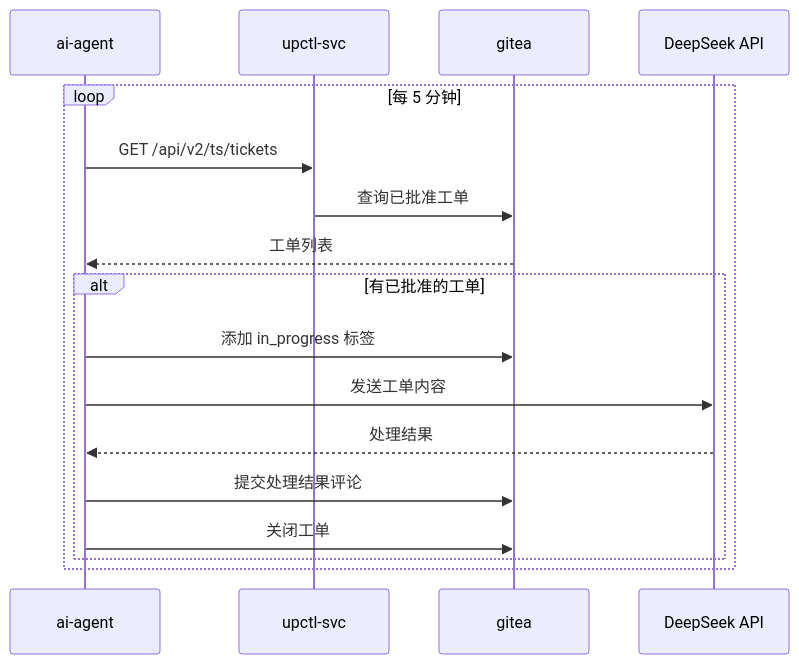
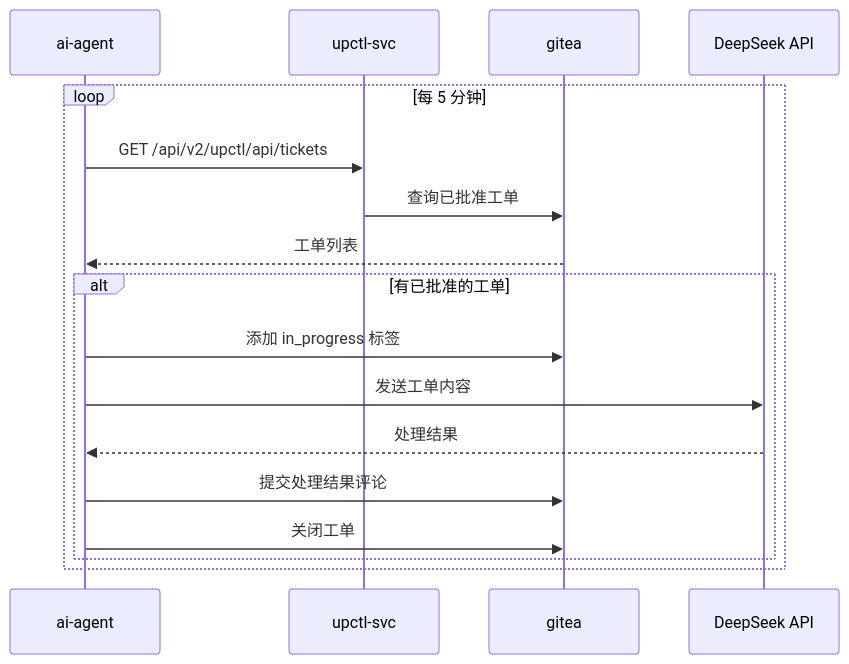
Before and after one commit to alchemy-studio/upctl-compose: the third of 3 diagrams in README.md, drawn with Mermaid. The commit also changed other lines of this file and 3 other files, not shown here.

First line of the commit message:
feat: update nginx and tests to use /api/v2/upctl/api/ route prefix

````diff
--- a/README.md
+++ b/README.md
@@ -205,20 +205,20 @@
 ```mermaid
 sequenceDiagram
     participant AI as ai-agent
     participant SVC as upctl-svc
     participant GIT as gitea
     participant DEEPSEEK as DeepSeek API
 
     loop 每 5 分钟
-        AI->>SVC: GET /api/v2/ts/tickets
+        AI->>SVC: GET /api/v2/upctl/api/tickets
         SVC->>GIT: 查询已批准工单
         GIT-->>AI: 工单列表
         alt 有已批准的工单
             AI->>GIT: 添加 in_progress 标签
             AI->>DEEPSEEK: 发送工单内容
             DEEPSEEK-->>AI: 处理结果
             AI->>GIT: 提交处理结果评论
             AI->>GIT: 关闭工单
         end
     end
 ```
````
